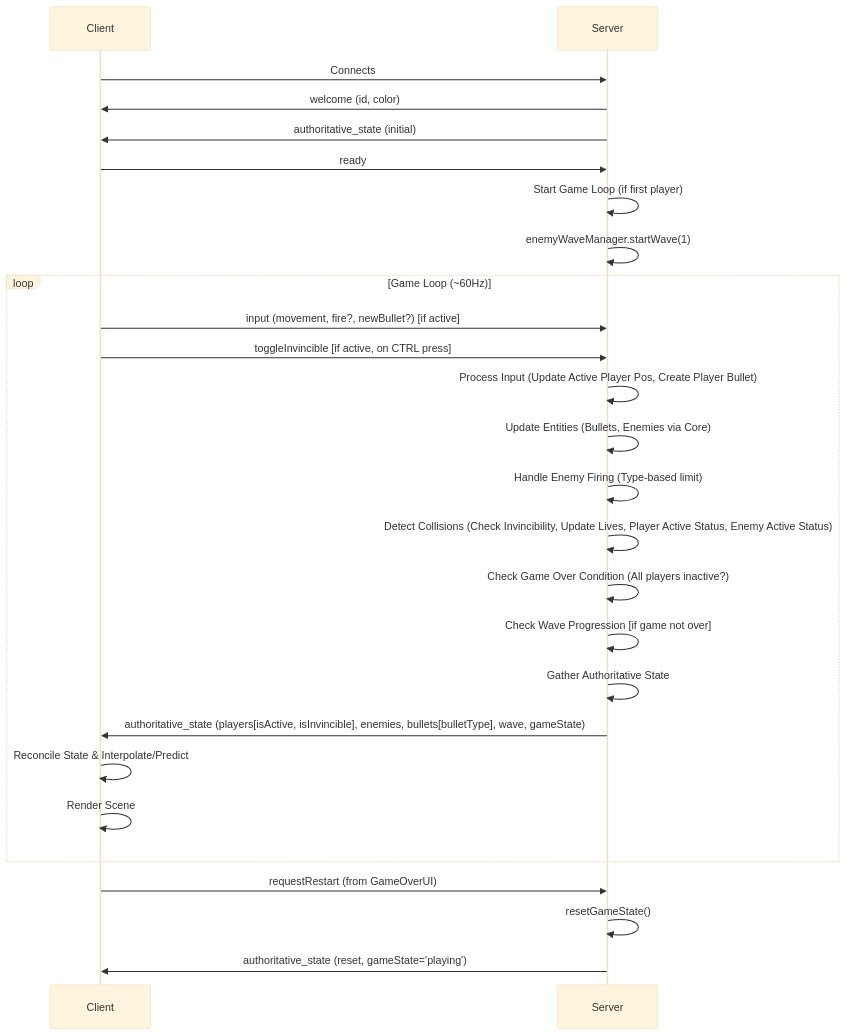
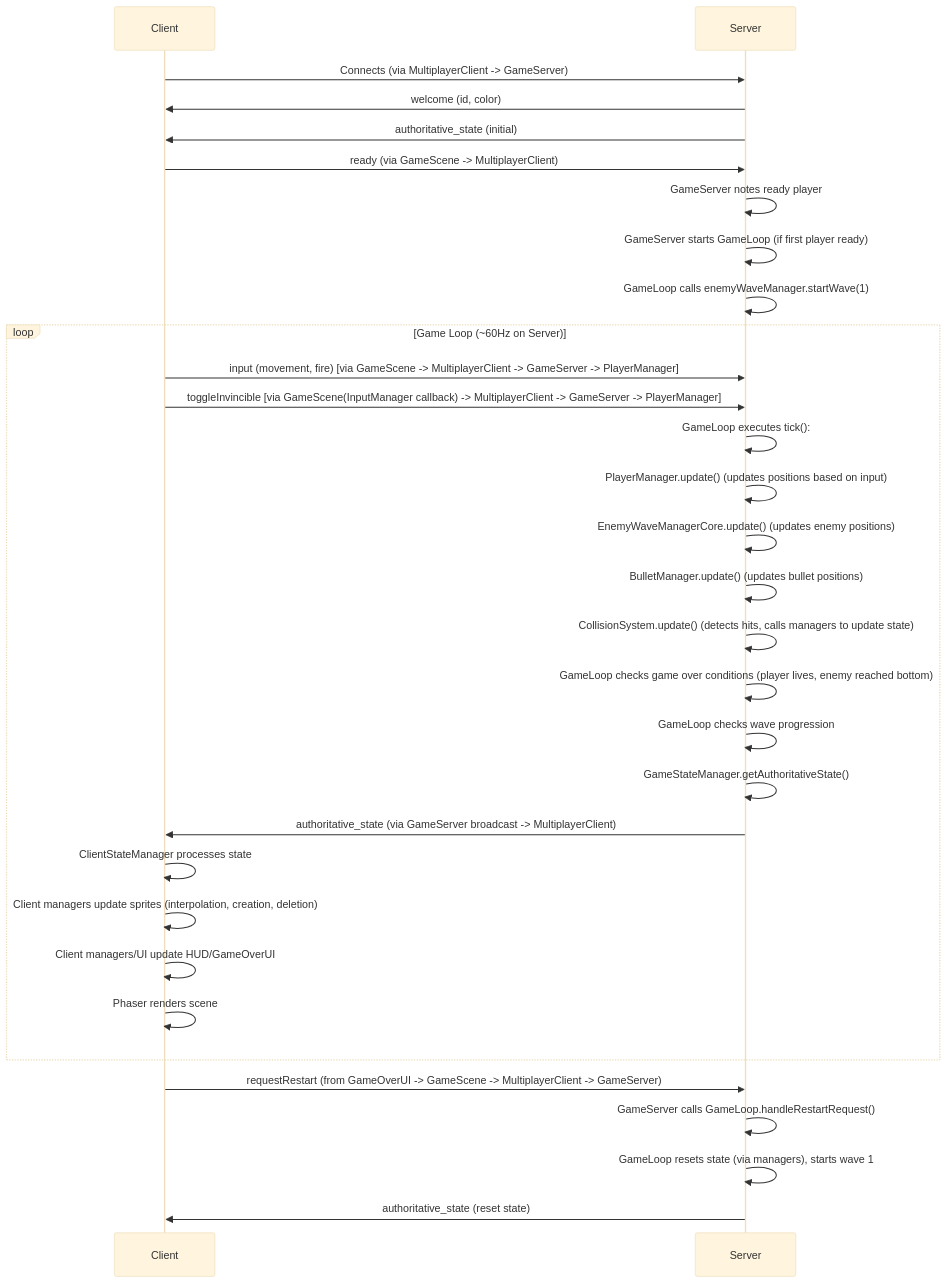
One commit to mzeman/multiplayerArcadeSpaceGame changed the second of 3 diagrams in docs/comprehensive_game_documentation.md. Above: the diagram before and after it, drawn with Mermaid (base theme). The commit also changed other lines of this file and 34 other files, not shown here.

````diff
--- a/docs/comprehensive_game_documentation.md
+++ b/docs/comprehensive_game_documentation.md
@@ -108,31 +111,36 @@
 ```mermaid
 sequenceDiagram
     participant Client
     participant Server
 
-    Client->>Server: Connects
+    Client->>Server: Connects (via MultiplayerClient -> GameServer)
     Server->>Client: welcome (id, color)
     Server->>Client: authoritative_state (initial)
-    Client->>Server: ready
-    Server->>Server: Start Game Loop (if first player)
-    Server->>Server: enemyWaveManager.startWave(1)
+    Client->>Server: ready (via GameScene -> MultiplayerClient)
+    Server->>Server: GameServer notes ready player
+    Server->>Server: GameServer starts GameLoop (if first player ready)
+    Server->>Server: GameLoop calls enemyWaveManager.startWave(1)
 
-    loop Game Loop (~60Hz)
-        Client->>Server: input (movement, fire?, newBullet?) [if active]
-        Client->>Server: toggleInvincible [if active, on CTRL press]
-        Server->>Server: Process Input (Update Active Player Pos, Create Player Bullet)
-        Server->>Server: Update Entities (Bullets, Enemies via Core)
-        Server->>Server: Handle Enemy Firing (Type-based limit)
-        Server->>Server: Detect Collisions (Check Invincibility, Update Lives, Player Active Status, Enemy Active Status)
-        Server->>Server: Check Game Over Condition (All players inactive?)
-        Server->>Server: Check Wave Progression [if game not over]
-        Server->>Server: Gather Authoritative State
-        Server->>Client: authoritative_state (players[isActive, isInvincible], enemies, bullets[bulletType], wave, gameState)
-        Client->>Client: Reconcile State & Interpolate/Predict
-        Client->>Client: Render Scene
+    loop Game Loop (~60Hz on Server)
+        Client->>Server: input (movement, fire) [via GameScene -> MultiplayerClient -> GameServer -> PlayerManager]
+        Client->>Server: toggleInvincible [via GameScene(InputManager callback) -> MultiplayerClient -> GameServer -> PlayerManager]
+        Server->>Server: GameLoop executes tick():
+        Server->>Server: PlayerManager.update() (updates positions based on input)
+        Server->>Server: EnemyWaveManagerCore.update() (updates enemy positions)
+        Server->>Server: BulletManager.update() (updates bullet positions)
+        Server->>Server: CollisionSystem.update() (detects hits, calls managers to update state)
+        Server->>Server: GameLoop checks game over conditions (player lives, enemy reached bottom)
+        Server->>Server: GameLoop checks wave progression
+        Server->>Server: GameStateManager.getAuthoritativeState()
+        Server->>Client: authoritative_state (via GameServer broadcast -> MultiplayerClient)
+        Client->>Client: ClientStateManager processes state
+        Client->>Client: Client managers update sprites (interpolation, creation, deletion)
+        Client->>Client: Client managers/UI update HUD/GameOverUI
+        Client->>Client: Phaser renders scene
     end
 
-    Client->>Server: requestRestart (from GameOverUI)
-    Server->>Server: resetGameState()
-    Server->>Client: authoritative_state (reset, gameState='playing')
+    Client->>Server: requestRestart (from GameOverUI -> GameScene -> MultiplayerClient -> GameServer)
+    Server->>Server: GameServer calls GameLoop.handleRestartRequest()
+    Server->>Server: GameLoop resets state (via managers), starts wave 1
+    Server->>Client: authoritative_state (reset state)
 ```
````
